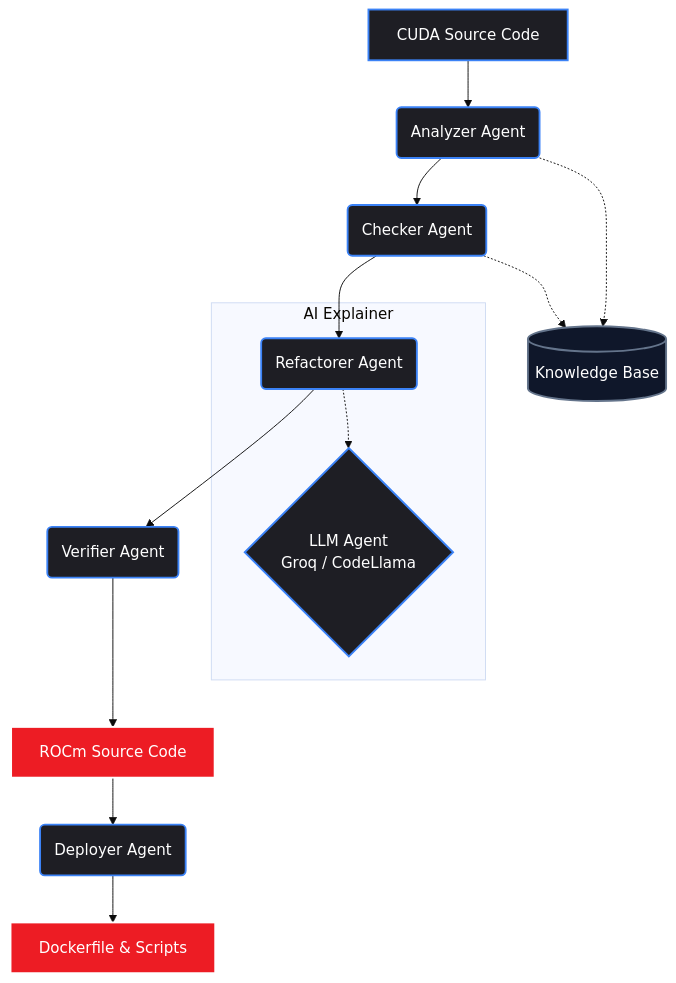
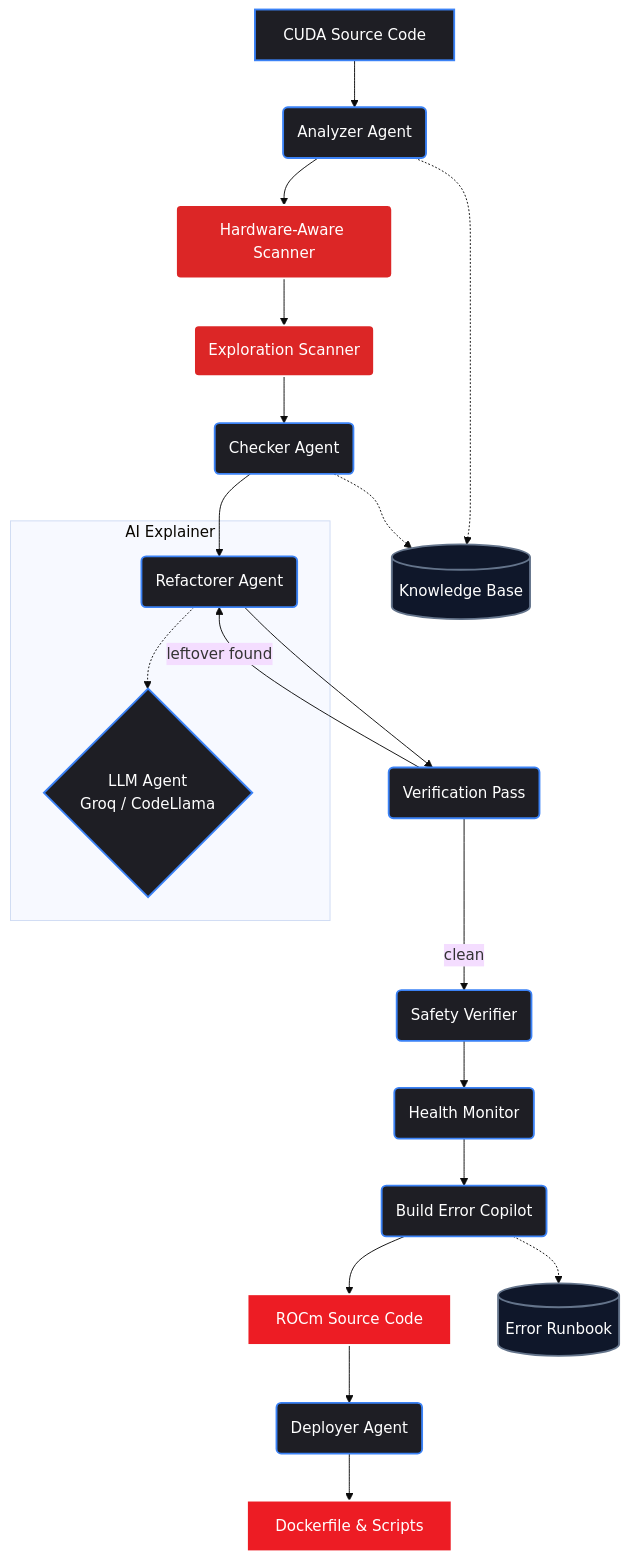
Before and after one commit to vivekrajsingh04/rocm-forge: the diagram in README.md, drawn with Mermaid (base theme). The commit also changed other lines of this file and 6 other files, not shown here.

First line of the commit message:
feat: 9-agent pipeline with hardware-aware analysis, drift detection, build copilot

````diff
--- a/README.md
+++ b/README.md
@@ -31,25 +31,34 @@
 ```mermaid
 graph TD
     classDef default fill:#1e1e24,stroke:#3b82f6,stroke-width:2px,color:#fff;
     classDef highlight fill:#ed1c24,stroke:#fff,stroke-width:2px,color:#fff;
     classDef database fill:#0f172a,stroke:#64748b,stroke-width:2px,color:#fff;
+    classDef critical fill:#dc2626,stroke:#fff,stroke-width:2px,color:#fff;
 
     A[CUDA Source Code] --> B(Analyzer Agent)
-    B --> C(Checker Agent)
+    B --> B2(Hardware-Aware Scanner)
+    B2 --> B3(Exploration Scanner)
+    B3 --> C(Checker Agent)
     C --> D(Refactorer Agent)
-    D --> E(Verifier Agent)
-    E --> F[ROCm Source Code]
+    D --> V(Verification Pass)
+    V -->|leftover found| D
+    V -->|clean| E(Safety Verifier)
+    E --> H2(Health Monitor)
+    H2 --> BC(Build Error Copilot)
+    BC --> F[ROCm Source Code]
 
     B -.-> G[(Knowledge Base)]
     C -.-> G
+    BC -.-> RB[(Error Runbook)]
 
     F --> H(Deployer Agent)
     H --> I[Dockerfile & Scripts]
 
     subgraph "AI Explainer"
         D -.-> J{LLM Agent<br>Groq / CodeLlama}
     end
 
     class F,I highlight;
-    class G database;
+    class G,RB database;
+    class B2,B3 critical;
 ```
````
